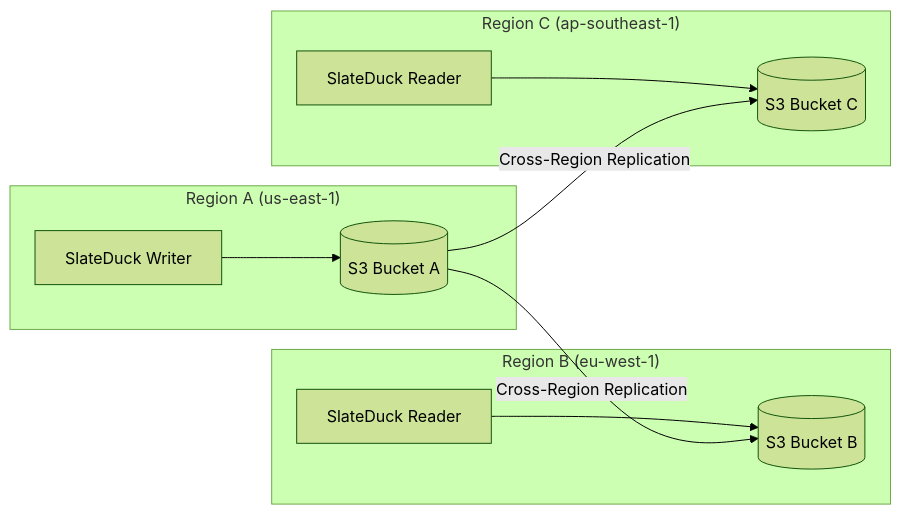
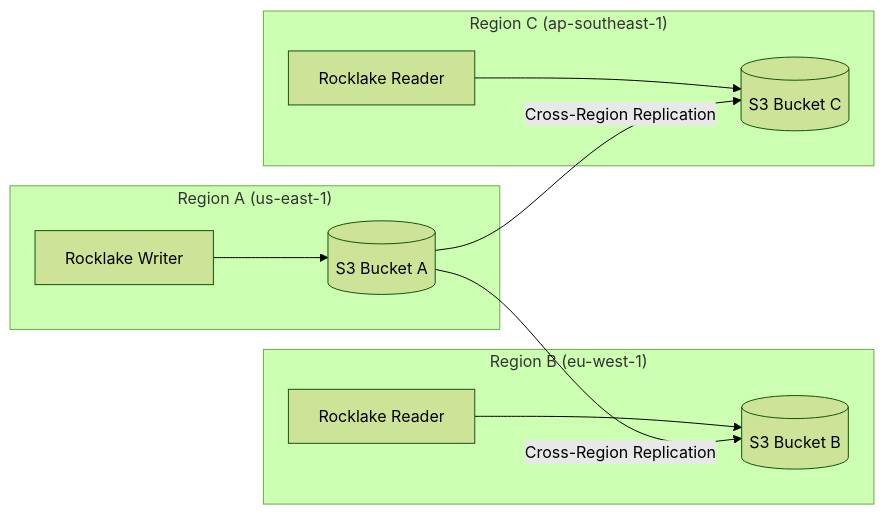
Before and after one commit to trickle-labs/slateduck: the diagram in docs/deployment/multi-region.md, drawn with Mermaid (forest theme). The commit also changed other lines of this file and 396 other files, not shown here.

First line of the commit message:
rename: SlateDuck -> Rocklake across entire codebase

````diff
--- a/docs/deployment/multi-region.md
+++ b/docs/deployment/multi-region.md
@@ -11,23 +11,23 @@
 ```mermaid
 flowchart LR
     subgraph "Region A (us-east-1)"
-        W[SlateDuck Writer]
+        W[Rocklake Writer]
         S3A[(S3 Bucket A)]
         W --> S3A
     end
     
     subgraph "Region B (eu-west-1)"
-        R1[SlateDuck Reader]
+        R1[Rocklake Reader]
         S3B[(S3 Bucket B)]
         R1 --> S3B
     end
     
     subgraph "Region C (ap-southeast-1)"
-        R2[SlateDuck Reader]
+        R2[Rocklake Reader]
         S3C[(S3 Bucket C)]
         R2 --> S3C
     end
     
     S3A -->|Cross-Region Replication| S3B
     S3A -->|Cross-Region Replication| S3C
 ```
````
